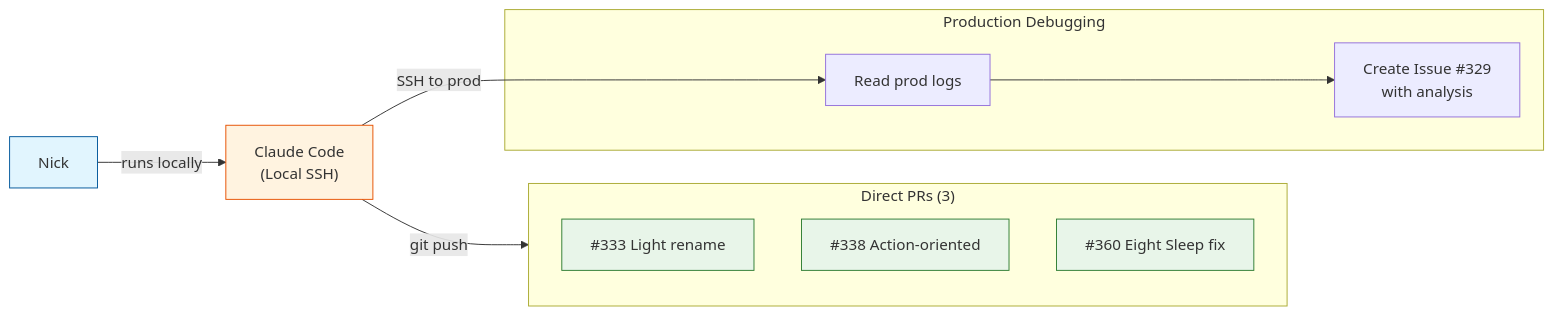
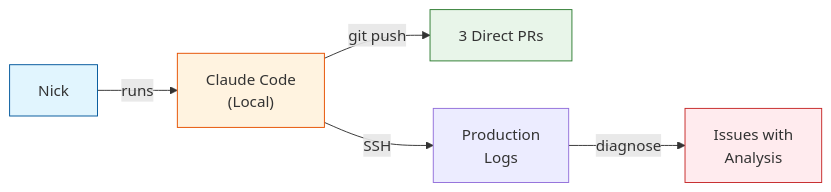
Before and after one commit to NickBorgers/home-automation: the fifth of 6 diagrams in docs/operations/AUTOMATION_INTERACTIONS_2026-01-02.md, drawn with Mermaid. The commit also changed other lines of this file, not shown here.

First line of the commit message:
docs: simplify diagrams for better GitHub rendering

````diff
--- a/docs/operations/AUTOMATION_INTERACTIONS_2026-01-02.md
+++ b/docs/operations/AUTOMATION_INTERACTIONS_2026-01-02.md
@@ -200,27 +174,18 @@
 ```mermaid
 flowchart LR
     Nick["Nick"]
-    LocalClaude["Claude Code<br/>(Local SSH)"]
+    LocalClaude["Claude Code<br/>(Local)"]
+    DirectPRs["3 Direct PRs"]
+    ProdLogs["Production<br/>Logs"]
+    Issues["Issues with<br/>Analysis"]
 
-    subgraph DirectPRs["Direct PRs (3)"]
-        PR333["#333 Light rename"]
-        PR338["#338 Action-oriented"]
-        PR360["#360 Eight Sleep fix"]
-    end
-
-    subgraph Diagnosis["Production Debugging"]
-        Logs["Read prod logs"]
-        Issue["Create Issue #329<br/>with analysis"]
-    end
-
-    Nick -->|runs locally| LocalClaude
+    Nick -->|runs| LocalClaude
     LocalClaude -->|git push| DirectPRs
-    LocalClaude -->|SSH to prod| Logs
-    Logs --> Issue
+    LocalClaude -->|SSH| ProdLogs
+    ProdLogs -->|diagnose| Issues
 
     style Nick fill:#e1f5fe,stroke:#01579b
     style LocalClaude fill:#fff3e0,stroke:#e65100
-    style PR333 fill:#e8f5e9,stroke:#2e7d32
-    style PR338 fill:#e8f5e9,stroke:#2e7d32
-    style PR360 fill:#e8f5e9,stroke:#2e7d32
+    style DirectPRs fill:#e8f5e9,stroke:#2e7d32
+    style Issues fill:#ffebee,stroke:#c62828
 ```
````
